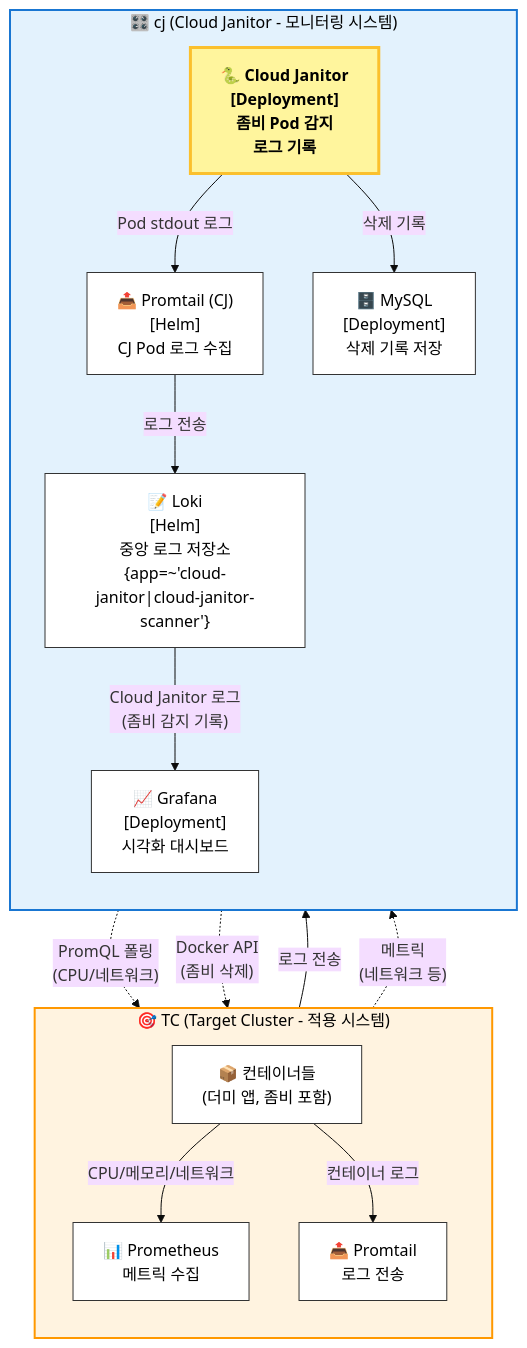
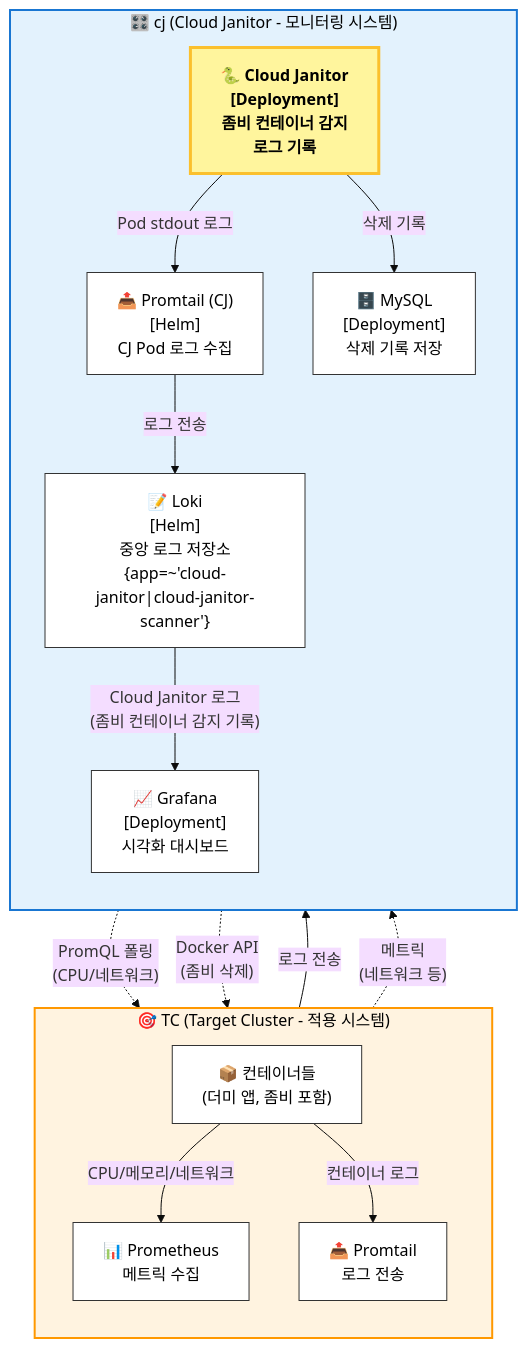
One commit to BongE0115/Cloud_Janitor changed the first of 2 diagrams in README.md. Above: the diagram before and after it, drawn with Mermaid (base theme). The commit also changed other lines of this file and 2 other files, not shown here.

````diff
--- a/README.md
+++ b/README.md
@@ -49,50 +50,50 @@
 ```mermaid
 flowchart TB
     %% 스타일 정의
     classDef default fill:#ffffff,stroke:#333333,stroke-width:1px,color:#000000;
     classDef highlight fill:#fff59d,stroke:#fbc02d,stroke-width:3px,color:#000000,font-weight:bold;
     classDef tc fill:#fff3e0,stroke:#ff9800,stroke-width:2px,color:#000000;
     classDef cj fill:#e3f2fd,stroke:#1976d2,stroke-width:2px,color:#000000;
 
     %% TC (적용 시스템)
     subgraph TC_Cluster["🎯 TC (Target Cluster - 적용 시스템)"]
         direction TB
         style TC_Cluster fill:#fff3e0,stroke:#ff9800,stroke-width:2px,color:#000000
 
         TC_Prometheus["📊 Prometheus<br/>메트릭 수집"]
         TC_Promtail["📤 Promtail<br/>로그 전송"]
         TC_Apps["📦 컨테이너들<br/>(더미 앱, 좀비 포함)"]
     end
 
     %% cj (모니터링 시스템)
     subgraph CJ_Cluster["🎛️ cj (Cloud Janitor - 모니터링 시스템)"]
         direction TB
         style CJ_Cluster fill:#e3f2fd,stroke:#1976d2,stroke-width:2px,color:#000000
 
-        CJ_Janitor["🐍 Cloud Janitor<br/>[Deployment]<br/>좀비 Pod 감지<br/>로그 기록"]:::highlight
+        CJ_Janitor["🐍 Cloud Janitor<br/>[Deployment]<br/>좀비 컨테이너 감지<br/>로그 기록"]:::highlight
         CJ_Promtail["📤 Promtail (CJ)<br/>[Helm]<br/>CJ Pod 로그 수집"]
         CJ_Loki["📝 Loki<br/>[Helm]<br/>중앙 로그 저장소<br/>{app=~'cloud-janitor|cloud-janitor-scanner'}"]
         CJ_MySQL["🗄️ MySQL<br/>[Deployment]<br/>삭제 기록 저장"]
         CJ_Grafana["📈 Grafana<br/>[Deployment]<br/>시각화 대시보드"]
     end
 
     %% 데이터 흐름 - TC 내부
     TC_Apps -->|"CPU/메모리/네트워크"| TC_Prometheus
     TC_Apps -->|"컨테이너 로그"| TC_Promtail
 
     %% TC → cj 연결
     TC_Promtail -->|"로그 전송"| CJ_Loki
     
     CJ_Janitor -.->|"PromQL 폴링<br/>(CPU/네트워크)"| TC_Prometheus
     CJ_Janitor -.->|"Docker API<br/>(좀비 삭제)"| TC_Apps
 
     %% cj 내부 데이터 흐름
     CJ_Janitor -->|"Pod stdout 로그"| CJ_Promtail
     CJ_Promtail -->|"로그 전송"| CJ_Loki
     CJ_Janitor -->|"삭제 기록"| CJ_MySQL
 
     %% 데이터 소스
-    CJ_Loki -->|"Cloud Janitor 로그<br/>(좀비 감지 기록)"| CJ_Grafana
+    CJ_Loki -->|"Cloud Janitor 로그<br/>(좀비 컨테이너 감지 기록)"| CJ_Grafana
     
     TC_Prometheus -.->|"메트릭<br/>(네트워크 등)"| CJ_Grafana
 ```
````
